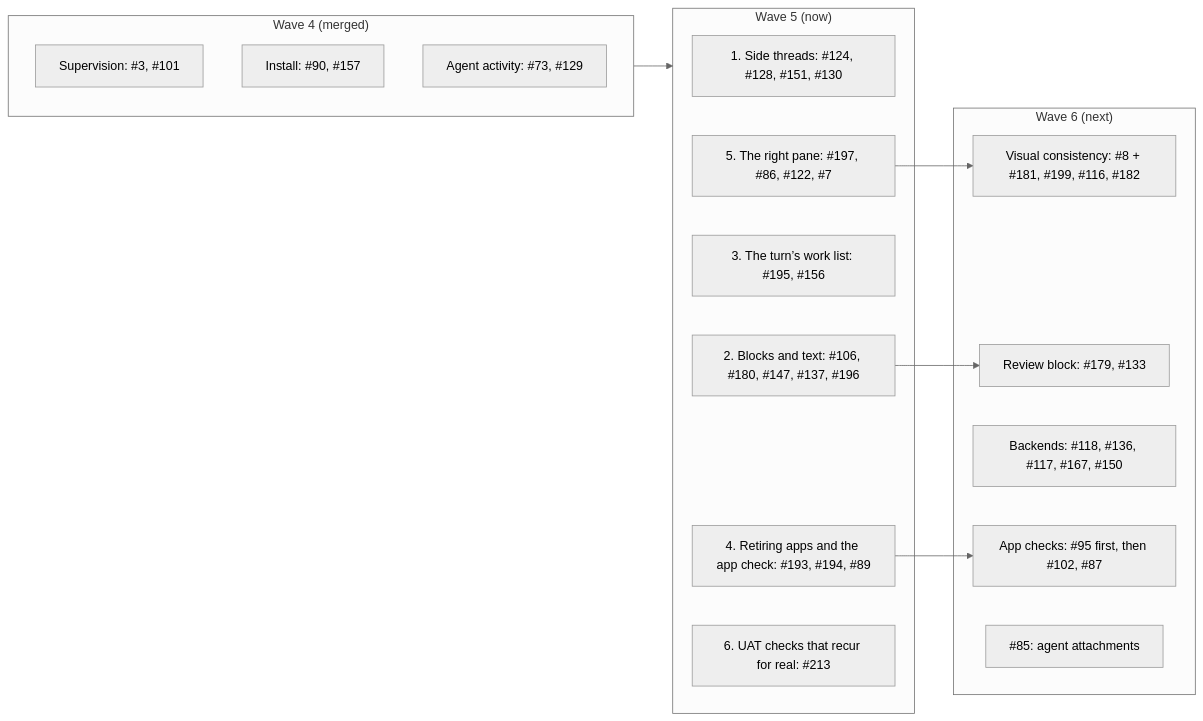
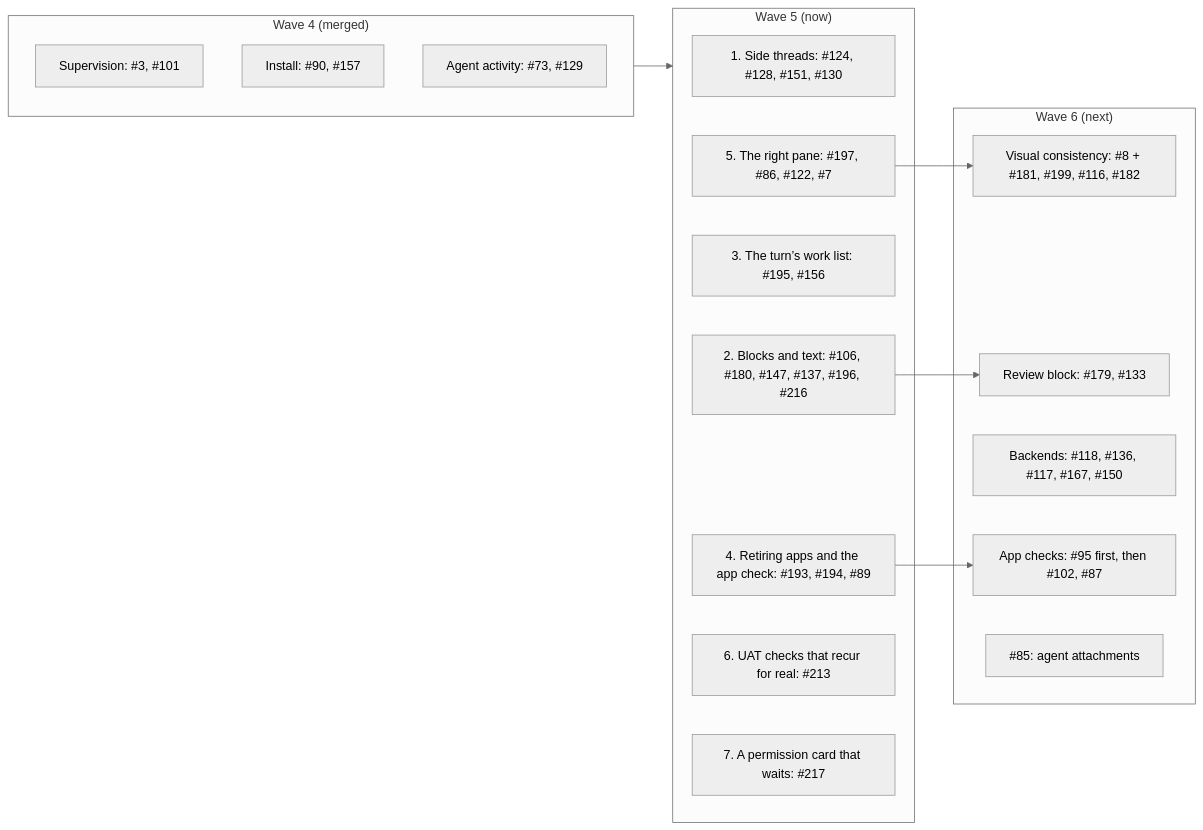
One commit to HJeon139/postbox changed the diagram in designs/prompts/README.md. Above: the diagram before and after it, drawn with Mermaid (neutral theme). The commit also changed other lines of this file and 7 other files, not shown here.

````diff
--- a/designs/prompts/README.md
+++ b/designs/prompts/README.md
@@ -11,27 +11,28 @@
 ```mermaid
 flowchart LR
   subgraph w4["Wave 4 (merged)"]
     a["Supervision: #3, #101"]
     d["Install: #90, #157"]
     e["Agent activity: #73, #129"]
   end
   subgraph w5["Wave 5 (now)"]
     s1["1. Side threads: #124, #128, #151, #130"]
-    s2["2. Blocks and text: #106, #180, #147, #137, #196"]
+    s2["2. Blocks and text: #106, #180, #147, #137, #196, #216"]
     s3["3. The turn’s work list: #195, #156"]
     s4["4. Retiring apps and the app check: #193, #194, #89"]
     s5["5. The right pane: #197, #86, #122, #7"]
     s6["6. UAT checks that recur for real: #213"]
+    s7["7. A permission card that waits: #217"]
   end
   subgraph w6["Wave 6 (next)"]
     v["Visual consistency: #8 + #181, #199, #116, #182"]
     rv["Review block: #179, #133"]
     be["Backends: #118, #136, #117, #167, #150"]
     ck["App checks: #95 first, then #102, #87"]
     at["#85: agent attachments"]
   end
   w4 --> w5
   s2 --> rv
   s4 --> ck
   s5 --> v
 ```
````
